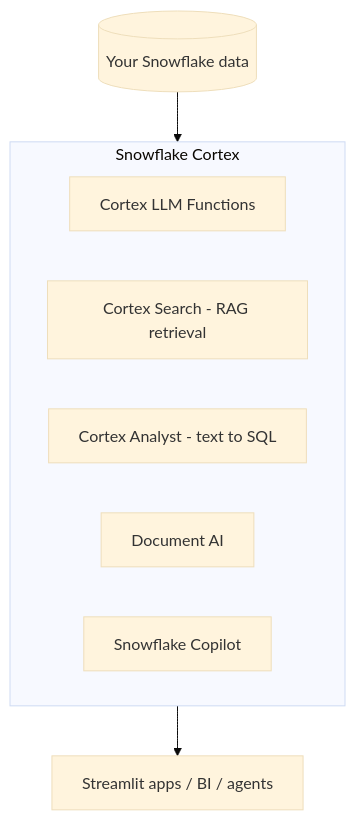
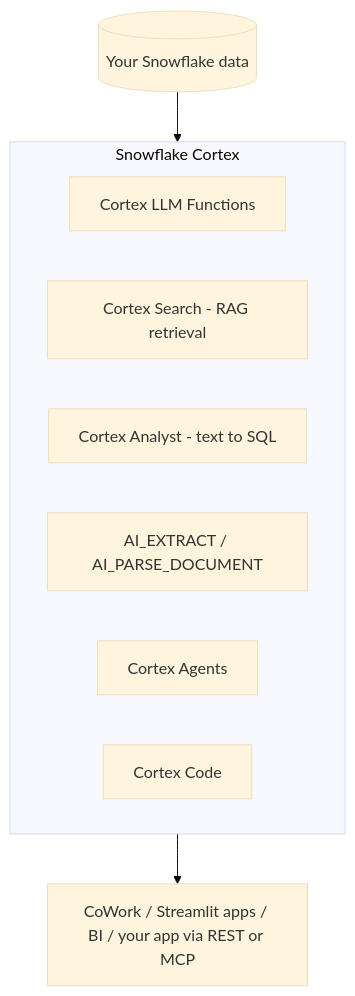
The third of 3 diagrams in content/Technologies/snowflake/index.md (klnjoy/offerready), drawn with Mermaid (base theme) before and after one commit. The commit also changed other lines of this file and 116 other files, not shown here.

````diff
--- a/content/Technologies/snowflake/index.md
+++ b/content/Technologies/snowflake/index.md
@@ -120,12 +137,13 @@
 ```mermaid
 flowchart TB
     DATA[(Your Snowflake data)] --> CORTEX
     subgraph CORTEX[Snowflake Cortex]
       LLM[Cortex LLM Functions]
       SEARCH[Cortex Search - RAG retrieval]
       ANALYST[Cortex Analyst - text to SQL]
-      DOC[Document AI]
-      COPILOT[Snowflake Copilot]
+      AISQL[AI_EXTRACT / AI_PARSE_DOCUMENT]
+      AGENTS[Cortex Agents]
+      CODE[Cortex Code]
     end
-    CORTEX --> APPS[Streamlit apps / BI / agents]
+    CORTEX --> APPS[CoWork / Streamlit apps / BI / your app via REST or MCP]
 ```
````
